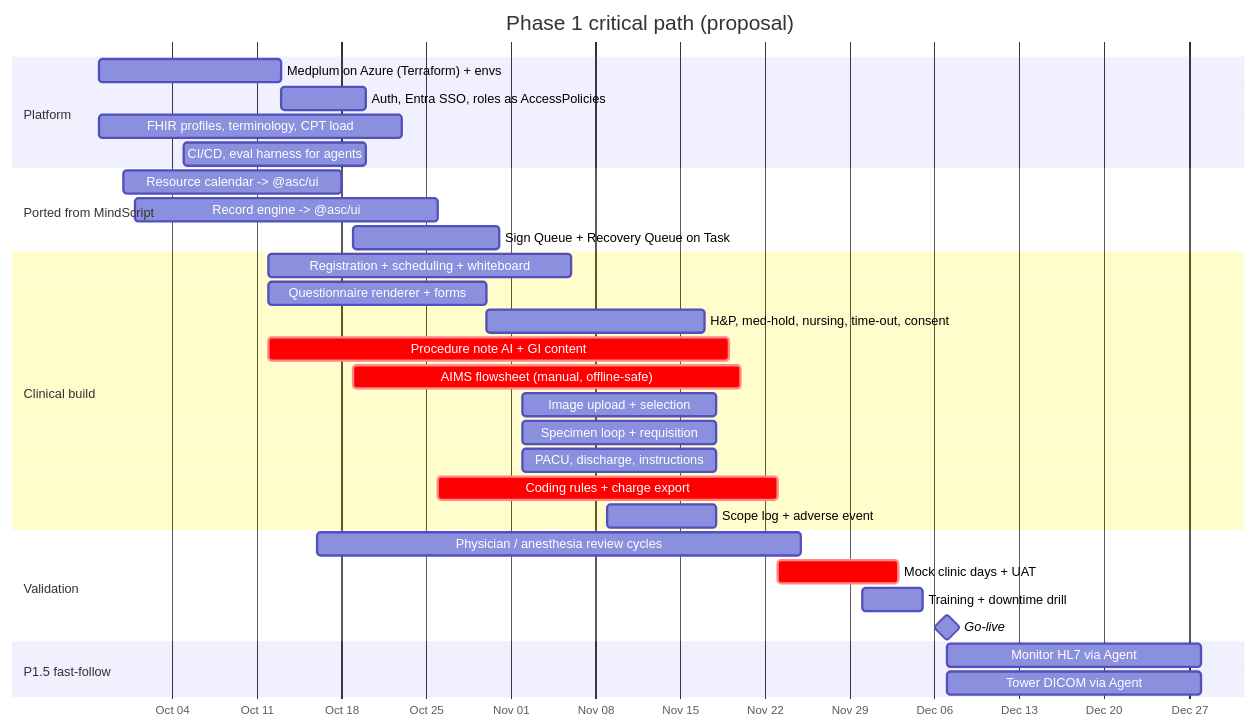
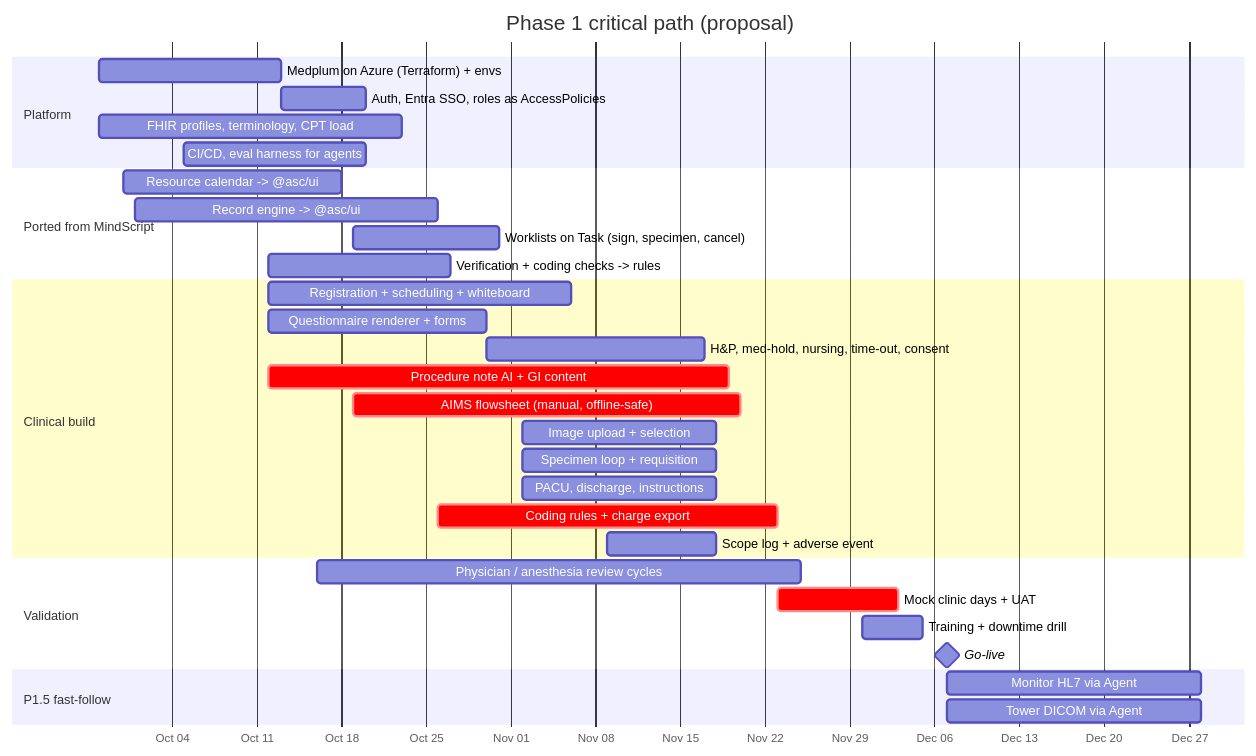
The diagram in docs/product/05-delivery-plan.md (imRahul05/ASC-EHR), drawn with Mermaid before and after one commit. The commit also changed other lines of this file and 9 other files, not shown here.

````diff
--- a/docs/product/05-delivery-plan.md
+++ b/docs/product/05-delivery-plan.md
@@ -7,39 +7,40 @@
 ```mermaid
 gantt
     title Phase 1 critical path (proposal)
     dateFormat YYYY-MM-DD
     axisFormat %b %d
 
     section Platform
     Medplum on Azure (Terraform) + envs      :pl1, 2026-09-28, 15d
     Auth, Entra SSO, roles as AccessPolicies :pl2, after pl1, 7d
     FHIR profiles, terminology, CPT load     :pl3, 2026-09-28, 25d
     CI/CD, eval harness for agents           :pl4, 2026-10-05, 15d
 
     section Ported from MindScript
     Resource calendar -> @asc/ui            :ms1, 2026-09-30, 18d
     Record engine -> @asc/ui                :ms2, 2026-10-01, 25d
-    Sign Queue + Recovery Queue on Task      :ms3, 2026-10-19, 12d
+    Worklists on Task (sign, specimen, cancel):ms3, 2026-10-19, 12d
+    Verification + coding checks -> rules    :ms4, 2026-10-12, 15d
 
     section Clinical build
     Registration + scheduling + whiteboard   :c1, 2026-10-12, 25d
     Questionnaire renderer + forms           :c2, 2026-10-12, 18d
     H&P, med-hold, nursing, time-out, consent:c3, after c2, 18d
     Procedure note AI + GI content           :crit, c4, 2026-10-12, 38d
     AIMS flowsheet (manual, offline-safe)    :crit, c5, 2026-10-19, 32d
     Image upload + selection                 :c6, 2026-11-02, 16d
     Specimen loop + requisition              :c7, 2026-11-02, 16d
     PACU, discharge, instructions            :c8, 2026-11-02, 16d
     Coding rules + charge export             :crit, c9, 2026-10-26, 28d
     Scope log + adverse event                :c10, 2026-11-09, 9d
 
     section Validation
     Physician / anesthesia review cycles     :v1, 2026-10-16, 40d
     Mock clinic days + UAT                   :crit, v2, 2026-11-23, 10d
     Training + downtime drill                :v3, 2026-11-30, 5d
     Go-live                                  :milestone, gl, 2026-12-07, 0d
 
     section P1.5 fast-follow
     Monitor HL7 via Agent                    :f1, 2026-12-07, 21d
     Tower DICOM via Agent                    :f2, 2026-12-07, 21d
 ```
````
